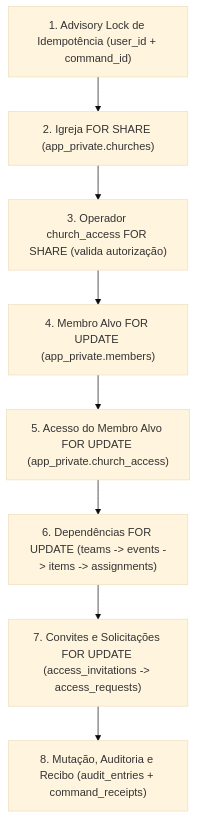
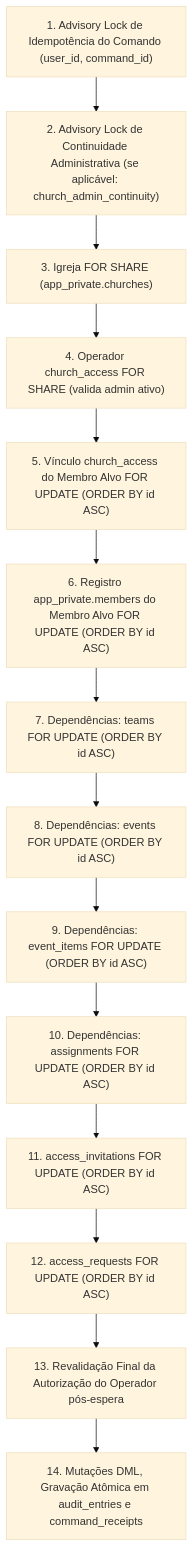
One commit to dgnoleto/escala-do-reino changed the second of 2 diagrams in docs/CONTRATO-FONTE-REAL-DEPENDENCIAS-LITURGICAS.md. Above: the diagram before and after it, drawn with Mermaid (base theme). The commit also changed other lines of this file and 2 other files, not shown here.

````diff
--- a/docs/CONTRATO-FONTE-REAL-DEPENDENCIAS-LITURGICAS.md
+++ b/docs/CONTRATO-FONTE-REAL-DEPENDENCIAS-LITURGICAS.md
@@ -246,10 +305,16 @@
 ```mermaid
 flowchart TD
-    L1["1. Advisory Lock de Idempotência (user_id + command_id)"] --> L2["2. Igreja FOR SHARE (app_private.churches)"]
-    L2 --> L3["3. Operador church_access FOR SHARE (valida autorização)"]
-    L3 --> L4["4. Membro Alvo FOR UPDATE (app_private.members)"]
-    L4 --> L5["5. Acesso do Membro Alvo FOR UPDATE (app_private.church_access)"]
-    L5 --> L6["6. Dependências FOR UPDATE (teams -> events -> items -> assignments)"]
-    L6 --> L7["7. Convites e Solicitações FOR UPDATE (access_invitations -> access_requests)"]
-    L7 --> L8["8. Mutação, Auditoria e Recibo (audit_entries + command_receipts)"]
+    A1["1. Advisory Lock de Idempotência do Comando (user_id, command_id)"] --> A2["2. Advisory Lock de Continuidade Administrativa (se aplicável: church_admin_continuity)"]
+    A2 --> A3["3. Igreja FOR SHARE (app_private.churches)"]
+    A3 --> A4["4. Operador church_access FOR SHARE (valida admin ativo)"]
+    A4 --> A5["5. Vínculo church_access do Membro Alvo FOR UPDATE (ORDER BY id ASC)"]
+    A5 --> A6["6. Registro app_private.members do Membro Alvo FOR UPDATE (ORDER BY id ASC)"]
+    A6 --> A7["7. Dependências: teams FOR UPDATE (ORDER BY id ASC)"]
+    A7 --> A8["8. Dependências: events FOR UPDATE (ORDER BY id ASC)"]
+    A8 --> A9["9. Dependências: event_items FOR UPDATE (ORDER BY id ASC)"]
+    A9 --> A10["10. Dependências: assignments FOR UPDATE (ORDER BY id ASC)"]
+    A10 --> A11["11. access_invitations FOR UPDATE (ORDER BY id ASC)"]
+    A11 --> A12["12. access_requests FOR UPDATE (ORDER BY id ASC)"]
+    A12 --> A13["13. Revalidação Final da Autorização do Operador pós-espera"]
+    A13 --> A14["14. Mutações DML, Gravação Atômica em audit_entries e command_receipts"]
 ```
````
